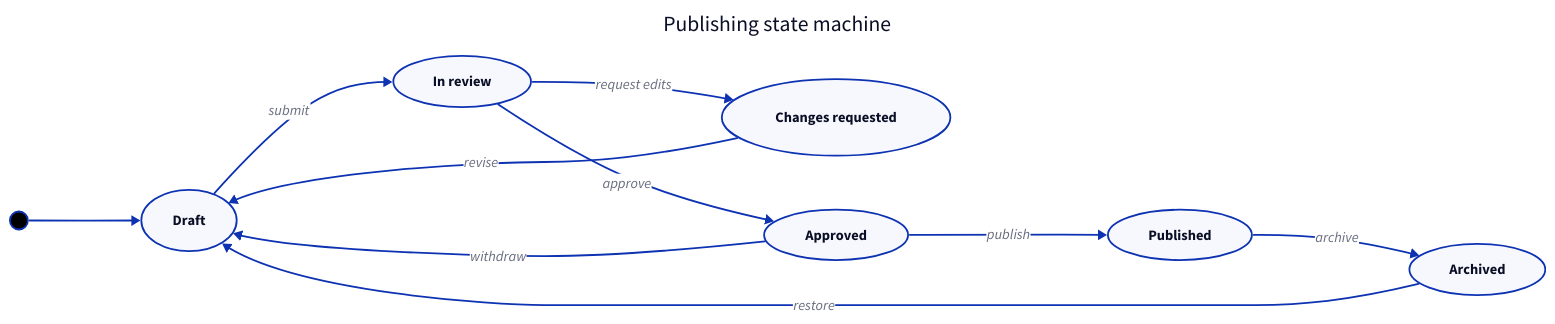
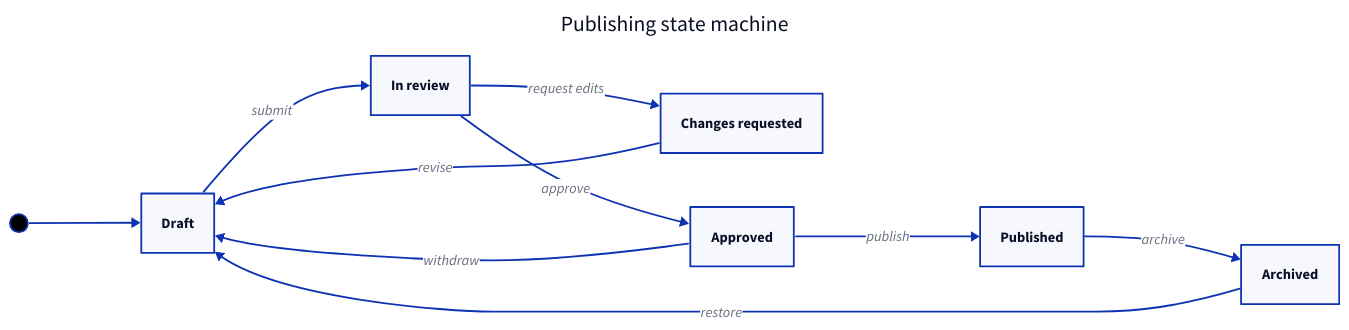
The diagram in docs/evaluations/agent-diagrams/reference/state/d2.d2 (byronwall/draftably), drawn with D2 before and after one commit. The commit also changed 59 other files, not shown here.

```diff
--- a/docs/evaluations/agent-diagrams/reference/state/d2.d2
+++ b/docs/evaluations/agent-diagrams/reference/state/d2.d2
@@ -1,21 +1,21 @@
 direction: right
 title: Publishing state machine {near: top-center; shape: text; style.font-size: 24}
 
 start: "" {shape: circle; width: 20; height: 20; style.fill: "#000000"}
 
-draft: Draft {shape: oval}
-in_review: In review {shape: oval}
-changes_requested: Changes requested {shape: oval}
-approved: Approved {shape: oval}
-published: Published {shape: oval}
-archived: Archived {shape: oval}
+draft: Draft
+in_review: In review
+changes_requested: Changes requested
+approved: Approved
+published: Published
+archived: Archived
 
 start -> draft
 draft -> in_review: submit
 in_review -> changes_requested: request edits
 changes_requested -> draft: revise
 in_review -> approved: approve
 approved -> published: publish
 approved -> draft: withdraw
 published -> archived: archive
 archived -> draft: restore
```
